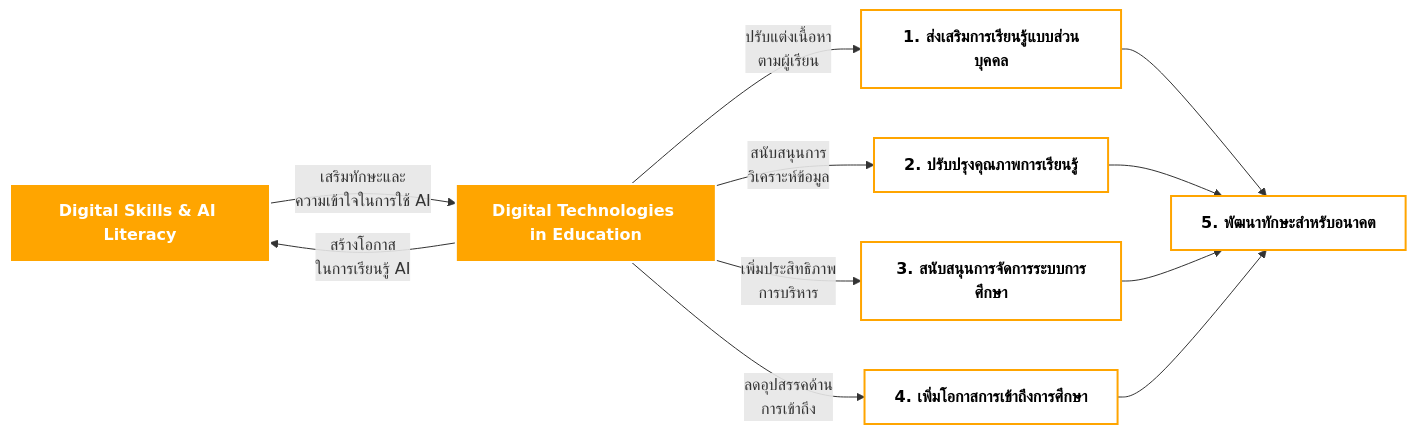
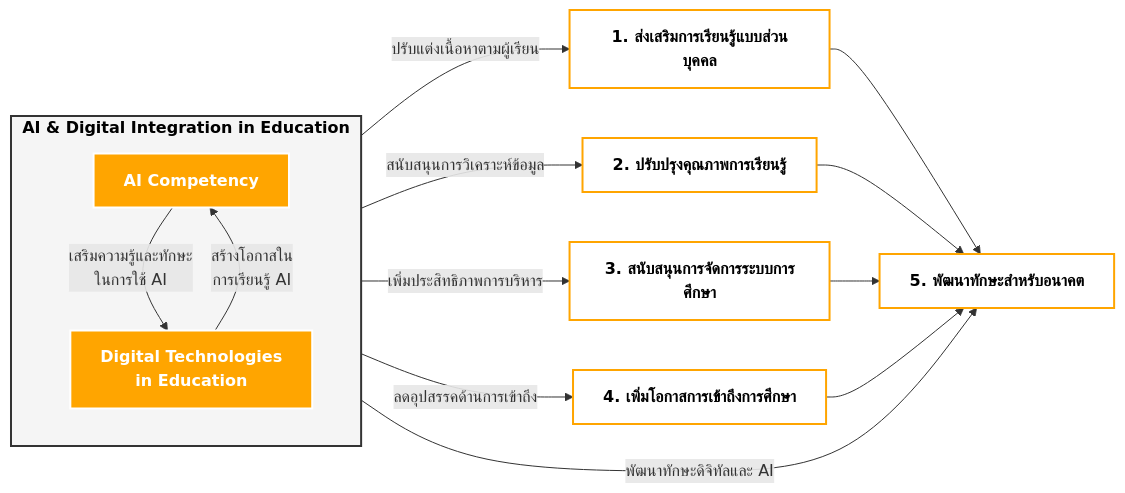
One commit to datakruroo/datakruroo.github.io changed the second of 3 diagrams in AI_in_Education/ppt/AI_in_Education.qmd. Above: the diagram before and after it, drawn with Mermaid. The commit also changed other lines of this file and 52 other files, not shown here.

````diff
--- a/AI_in_Education/ppt/AI_in_Education.qmd
+++ b/AI_in_Education/ppt/AI_in_Education.qmd
@@ -415,25 +421,44 @@
 ```{mermaid}
 %% | echo: false
 
 graph LR
-    %% กำหนดธีมสี
-    classDef main fill:#FFA500,stroke:#FFFFFF,stroke-width:2px,color:#FFFFFF,font-weight:bold;
-    classDef sub fill:#FFFFFF,stroke:#FFA500,stroke-width:2px,color:#000000,font-weight:bold;
+    %% Theme definitions
+    classDef main fill:#FFA500,stroke:#FFFFFF,stroke-width:2px,color:#FFFFFF,font-weight:bold
+    classDef sub fill:#FFFFFF,stroke:#FFA500,stroke-width:2px,color:#000000,font-weight:bold
+    classDef group fill:#F5F5F5,stroke:#333,stroke-width:2px,color:#000000,font-weight:bold
 
-    G["Digital Skills & AI Literacy"]:::main
-    H["Digital Technologies in Education"]:::main
+    %% Main subgraph
+    subgraph AI_Education_Framework["AI & Digital Integration in Education"]
+        G["AI Competency"]
+        H["Digital Technologies \n in Education"]
+    end
 
-    G -->|"เสริมทักษะและ \n ความเข้าใจในการใช้ AI"| H
-    H -->|"สร้างโอกาส \n ในการเรียนรู้ AI"| G
+    %% Connections inside subgraph
+    G -->|"เสริมความรู้และทักษะ\nในการใช้ AI"| H
+    H -->|"สร้างโอกาสใน \n การเรียนรู้ AI"| G
 
-    H -->|"ปรับแต่งเนื้อหา \n ตามผู้เรียน"| B["1. ส่งเสริมการเรียนรู้แบบส่วนบุคคล"]:::sub
-    H -->|"สนับสนุนการ \n วิเคราะห์ข้อมูล"| C["2. ปรับปรุงคุณภาพการเรียนรู้"]:::sub
-    H -->|"เพิ่มประสิทธิภาพ \n การบริหาร"| D["3. สนับสนุนการจัดการระบบการศึกษา"]:::sub
-    H -->|"ลดอุปสรรคด้าน \n การเข้าถึง"| E["4. เพิ่มโอกาสการเข้าถึงการศึกษา"]:::sub
+    %% Main nodes
+    B["1. ส่งเสริมการเรียนรู้แบบส่วนบุคคล"]
+    C["2. ปรับปรุงคุณภาพการเรียนรู้"]
+    D["3. สนับสนุนการจัดการระบบการศึกษา"]
+    E["4. เพิ่มโอกาสการเข้าถึงการศึกษา"]
+    F["5. พัฒนาทักษะสำหรับอนาคต"]
 
-    %% เชื่อมโยงบทบาททั้งหมดเข้ากับ "พัฒนาทักษะสำหรับอนาคต"
-    B --> F["5. พัฒนาทักษะสำหรับอนาคต"]:::sub
+    %% Connections from framework to other nodes
+    AI_Education_Framework -->|"ปรับแต่งเนื้อหาตามผู้เรียน"| B
+    AI_Education_Framework -->|"สนับสนุนการวิเคราะห์ข้อมูล"| C
+    AI_Education_Framework -->|"เพิ่มประสิทธิภาพการบริหาร"| D
+    AI_Education_Framework -->|"ลดอุปสรรคด้านการเข้าถึง"| E
+    AI_Education_Framework -->|"พัฒนาทักษะดิจิทัลและ AI"| F
+
+    %% Connections to skills development
+    B --> F
     C --> F
     D --> F
     E --> F
+
+    %% Apply classes
+    class G,H main
+    class B,C,D,E,F sub
+    class AI_Education_Framework group
 ```
````
